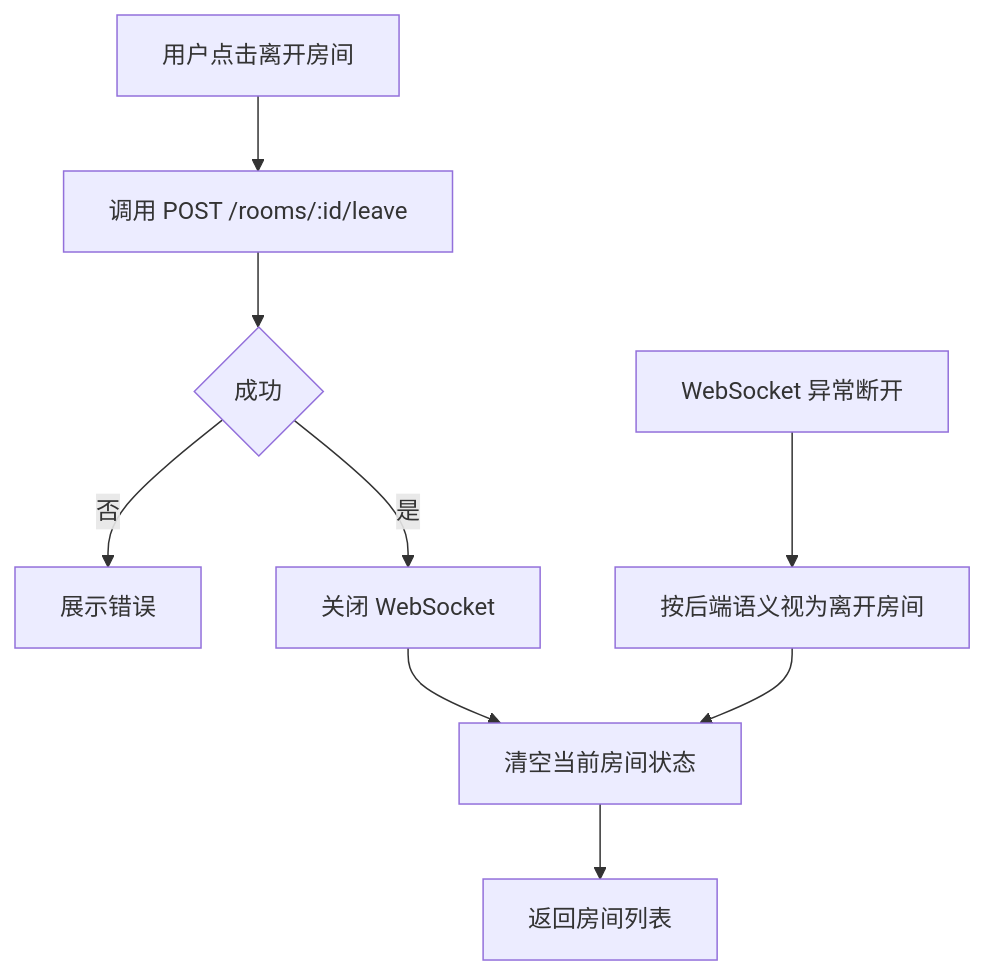
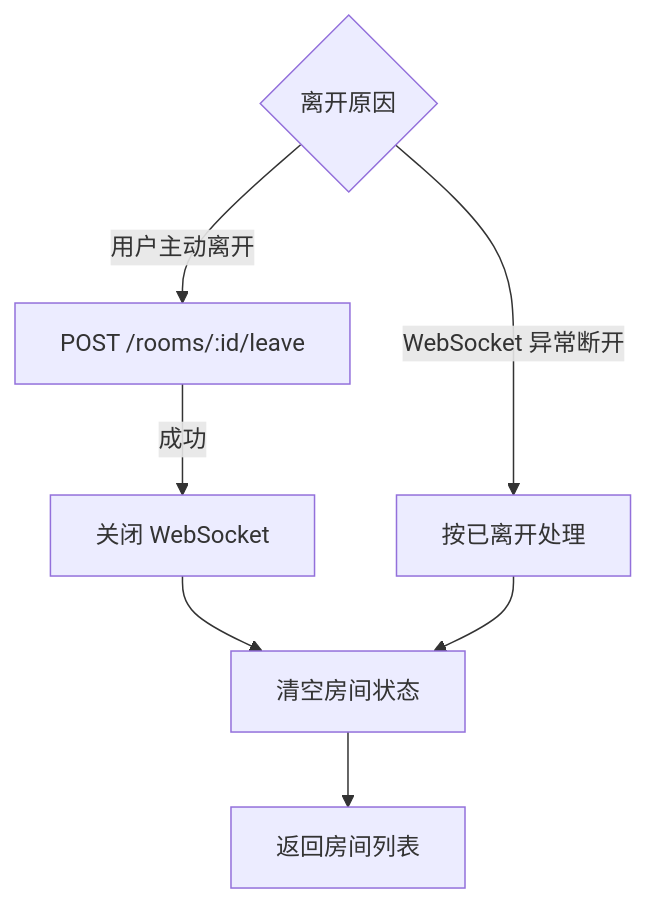
The seventh of 9 diagrams in docs/客户端逻辑设计.md (DancingCodes/room-app), drawn with Mermaid before and after one commit. The commit also changed other lines of this file and 1 other file, not shown here.

````diff
--- a/docs/客户端逻辑设计.md
+++ b/docs/客户端逻辑设计.md
@@ -198,12 +118,10 @@
 ```mermaid
 flowchart TD
-    A[用户点击离开房间] --> B[调用 POST /rooms/:id/leave]
-    B --> C{成功}
-    C -- 否 --> D[展示错误]
-    C -- 是 --> E[关闭 WebSocket]
-    E --> F[清空当前房间状态]
-    F --> G[返回房间列表]
+    A{离开原因} -- 用户主动离开 --> B[POST /rooms/:id/leave]
+    B -- 成功 --> C[关闭 WebSocket]
+    C --> D[清空房间状态]
+    D --> E[返回房间列表]
 
-    H[WebSocket 异常断开] --> I[按后端语义视为离开房间]
-    I --> F
+    A -- WebSocket 异常断开 --> F[按已离开处理]
+    F --> D
 ```
````
